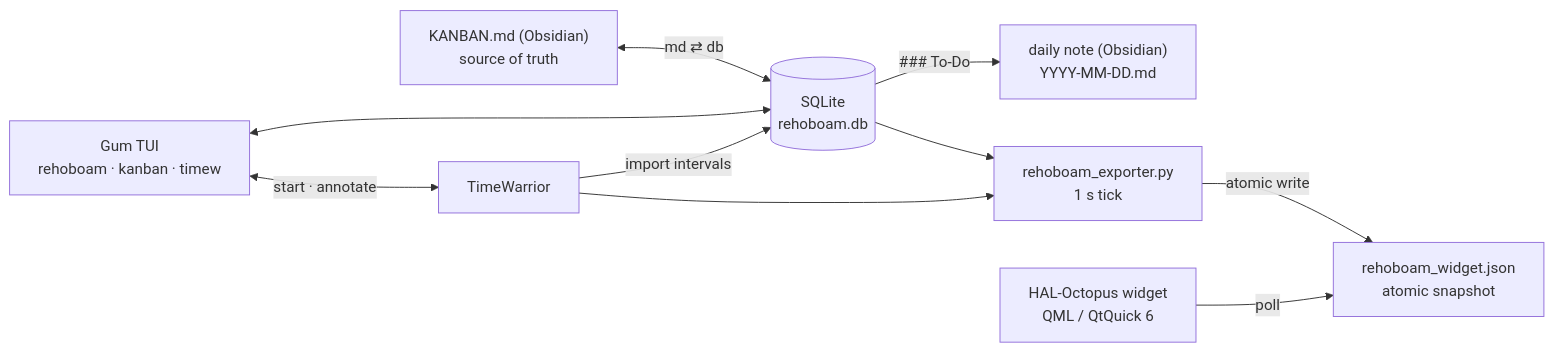
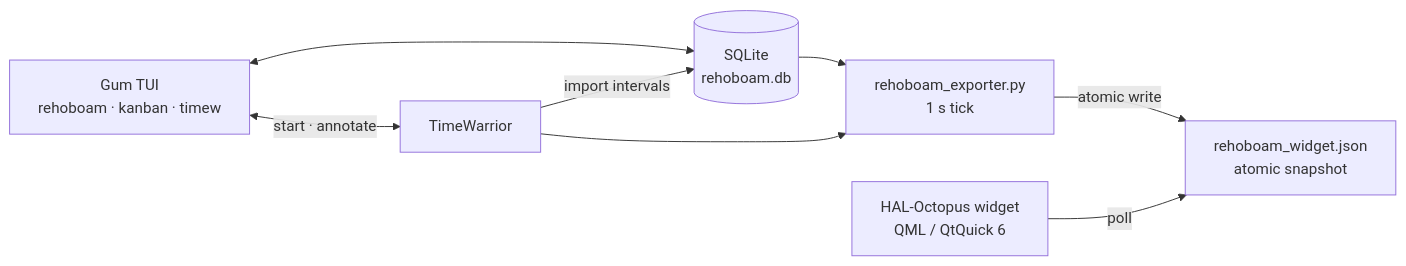
One commit to CS-Astronaut/Rehoboam changed the diagram in README.md. Above: the diagram before and after it, drawn with Mermaid. The commit also changed other lines of this file and 9 other files, not shown here.

Commit message:
refactor: drop Obsidian KANBAN.md sync and daily-note features ...

````diff
--- a/README.md
+++ b/README.md
@@ -58,21 +56,17 @@
 ```mermaid
 flowchart LR
-    KB["KANBAN.md (Obsidian)\nsource of truth"]
     DB[("SQLite\nrehoboam.db")]
     TUI["Gum TUI\nrehoboam · kanban · timew"]
     TW["TimeWarrior"]
-    DN["daily note (Obsidian)\nYYYY-MM-DD.md"]
     EXP["rehoboam_exporter.py\n1 s tick"]
     JSON["rehoboam_widget.json\natomic snapshot"]
     WID["HAL-Octopus widget\nQML / QtQuick 6"]
 
-    KB <-->|"md ⇄ db"| DB
     TUI <--> DB
     TUI <-->|"start · annotate"| TW
     TW -->|"import intervals"| DB
-    DB -->|"### To-Do"| DN
     DB --> EXP
     TW --> EXP
     EXP -->|"atomic write"| JSON
     WID -->|"poll"| JSON
 ```
````
